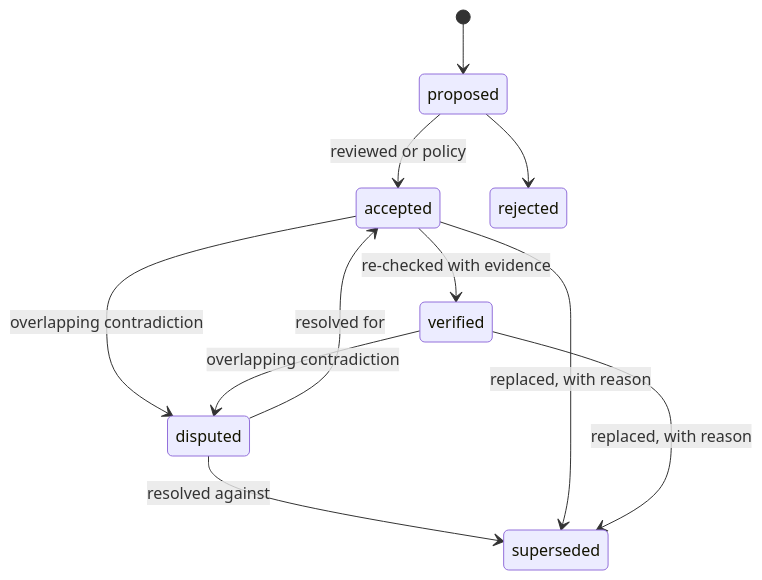
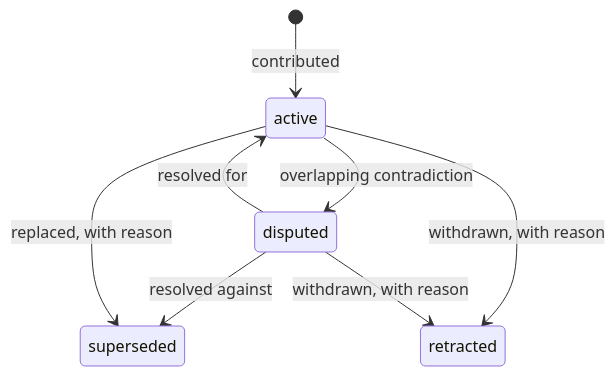
Before and after one commit to rztaylor/Froodbase: the fourth of 9 diagrams in docs/planning/05-how-froodbase-works.md, drawn with Mermaid. The commit also changed other lines of this file and 14 other files, not shown here.

````diff
--- a/docs/planning/05-how-froodbase-works.md
+++ b/docs/planning/05-how-froodbase-works.md
@@ -152,13 +164,10 @@
 ```mermaid
 stateDiagram-v2
-    [*] --> proposed
-    proposed --> accepted : reviewed or policy
-    proposed --> rejected
-    accepted --> verified : re-checked with evidence
-    accepted --> disputed : overlapping contradiction
-    verified --> disputed : overlapping contradiction
-    disputed --> accepted : resolved for
+    [*] --> active : contributed
+    active --> disputed : overlapping contradiction
+    disputed --> active : resolved for
     disputed --> superseded : resolved against
-    accepted --> superseded : replaced, with reason
-    verified --> superseded : replaced, with reason
+    active --> superseded : replaced, with reason
+    active --> retracted : withdrawn, with reason
+    disputed --> retracted : withdrawn, with reason
 ```
````
